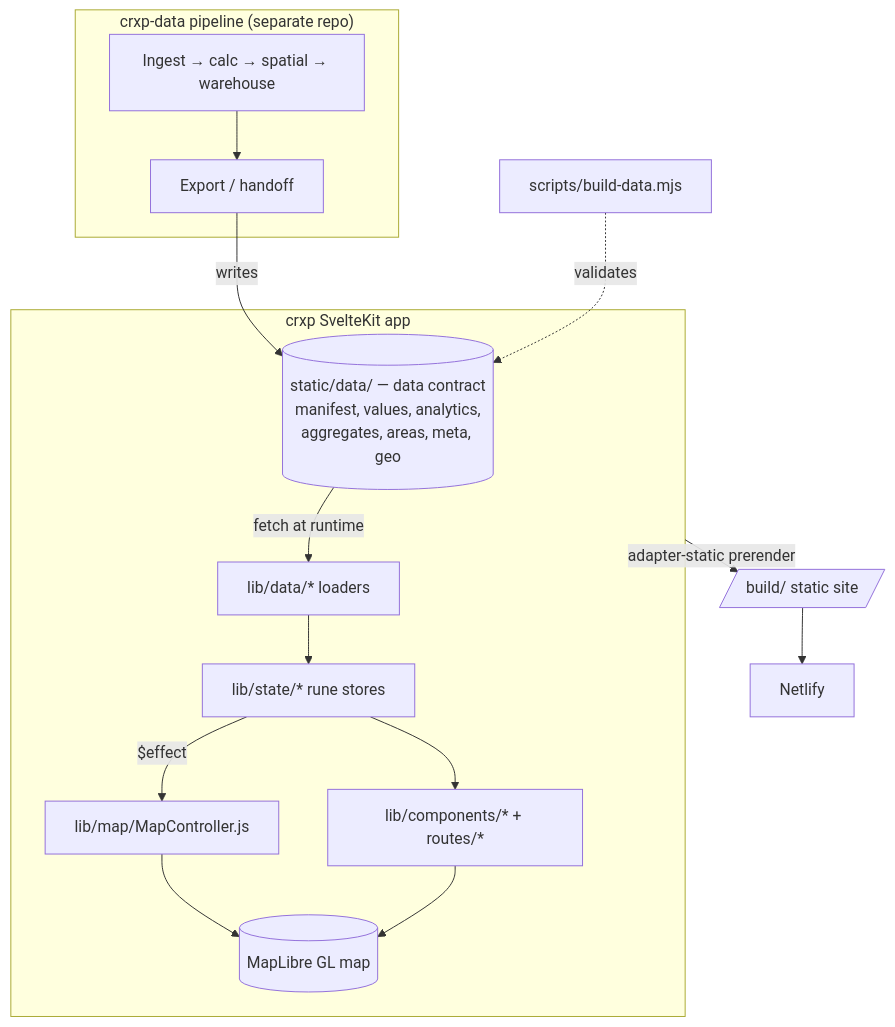
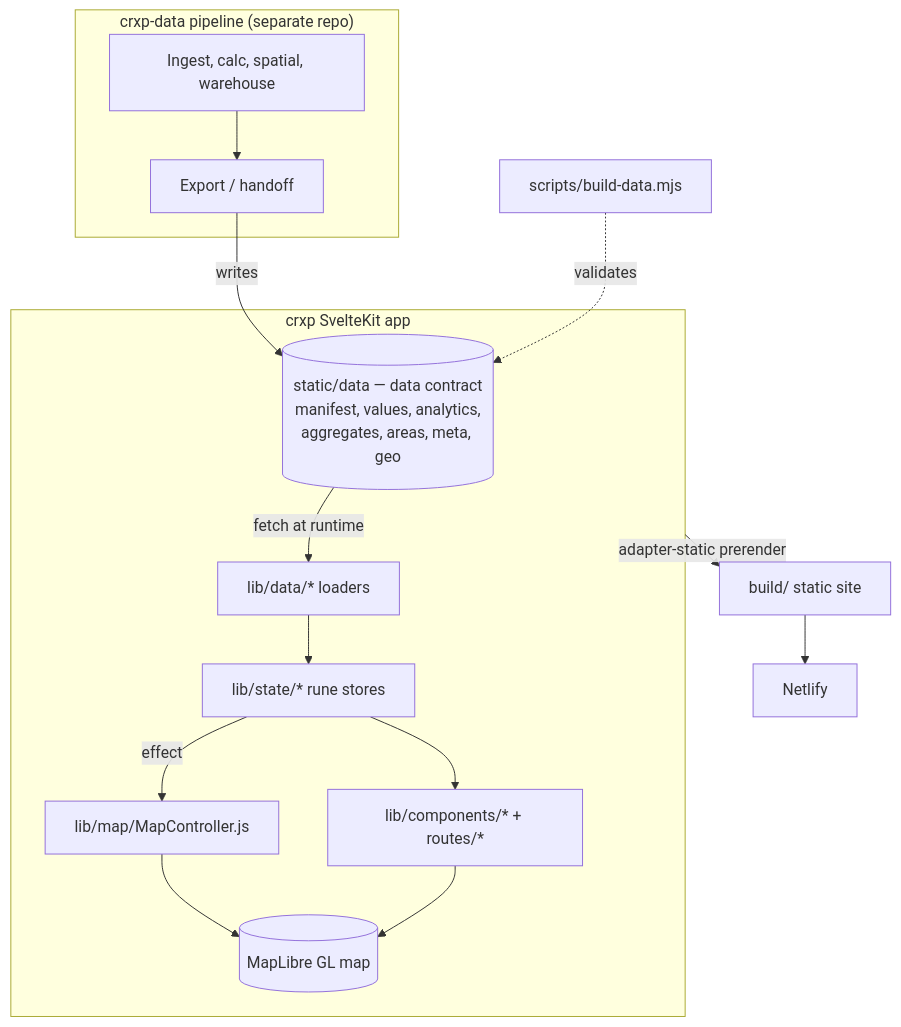
Before and after one commit to kvenkita/crxp: the first of 2 diagrams in docs/app-technical-documentation.qmd, drawn with Mermaid. The commit also changed other lines of this file, not shown here.

Commit message:
docs(app): fix Mermaid diagrams that failed to render

````diff
--- a/docs/app-technical-documentation.qmd
+++ b/docs/app-technical-documentation.qmd
@@ -50,20 +50,20 @@
 ```{mermaid}
 flowchart TB
   subgraph Pipeline["crxp-data pipeline (separate repo)"]
-    PL[Ingest → calc → spatial → warehouse] --> EXP[Export / handoff]
+    PL["Ingest, calc, spatial, warehouse"] --> EXP["Export / handoff"]
   end
-  EXP -->|writes| DC[("static/data/ — data contract\nmanifest, values, analytics,\naggregates, areas, meta, geo")]
+  EXP -->|writes| DC[("static/data — data contract<br/>manifest, values, analytics,<br/>aggregates, areas, meta, geo")]
 
   subgraph App["crxp SvelteKit app"]
-    DC -->|fetch at runtime| DL[lib/data/* loaders]
-    DL --> ST[lib/state/* rune stores]
-    ST -->|$effect| MC[lib/map/MapController.js]
-    MC --> ML[(MapLibre GL map)]
-    ST --> UI[lib/components/* + routes/*]
+    DC -->|fetch at runtime| DL["lib/data/* loaders"]
+    DL --> ST["lib/state/* rune stores"]
+    ST -->|effect| MC["lib/map/MapController.js"]
+    MC --> ML[("MapLibre GL map")]
+    ST --> UI["lib/components/* + routes/*"]
     UI --> ML
   end
 
-  BD[scripts/build-data.mjs] -.validates.-> DC
-  App -->|adapter-static prerender| OUT[/build/ static site/]
-  OUT --> NF[Netlify]
+  BD["scripts/build-data.mjs"] -.validates.-> DC
+  App -->|adapter-static prerender| OUT["build/ static site"]
+  OUT --> NF["Netlify"]
 ```
````
